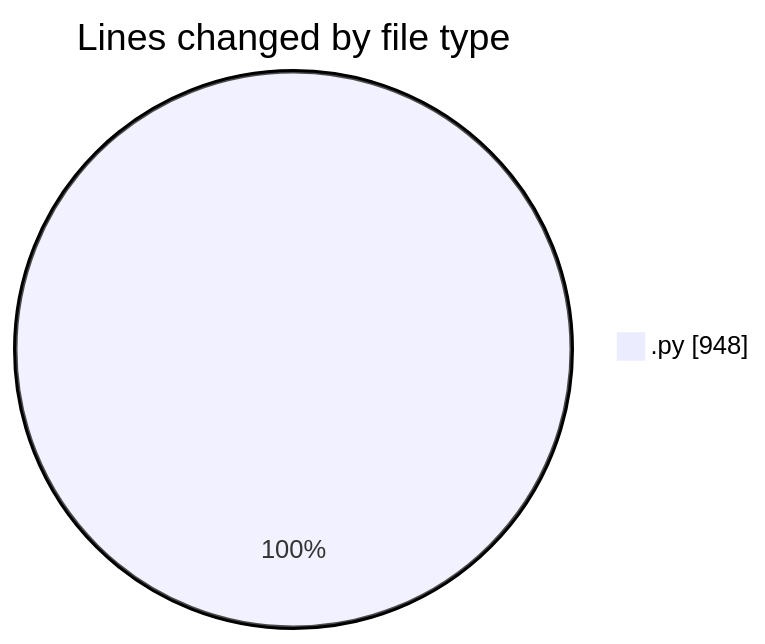
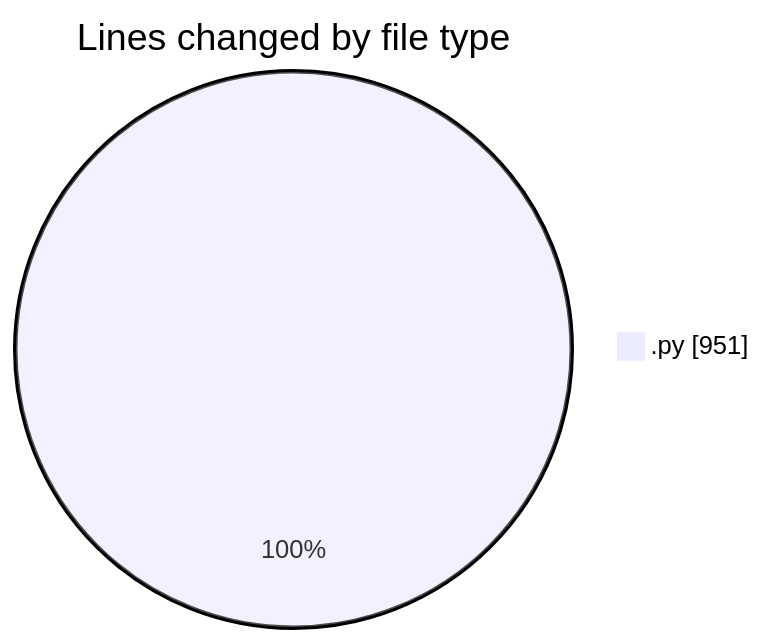
The first of 2 diagrams in 2025-11-04/eventscop-api-guide__workspace_/README.md (julien-gomy/code-tracking), drawn with Mermaid before and after one commit. The commit also changed other lines of this file and 1 other file, not shown here.

````diff
--- a/2025-11-04/eventscop-api-guide__workspace_/README.md
+++ b/2025-11-04/eventscop-api-guide__workspace_/README.md
@@ -21,5 +21,5 @@
 ```mermaid
 pie showData
 title Lines changed by file type
-".py" : 948
+".py" : 951
 ```
````
